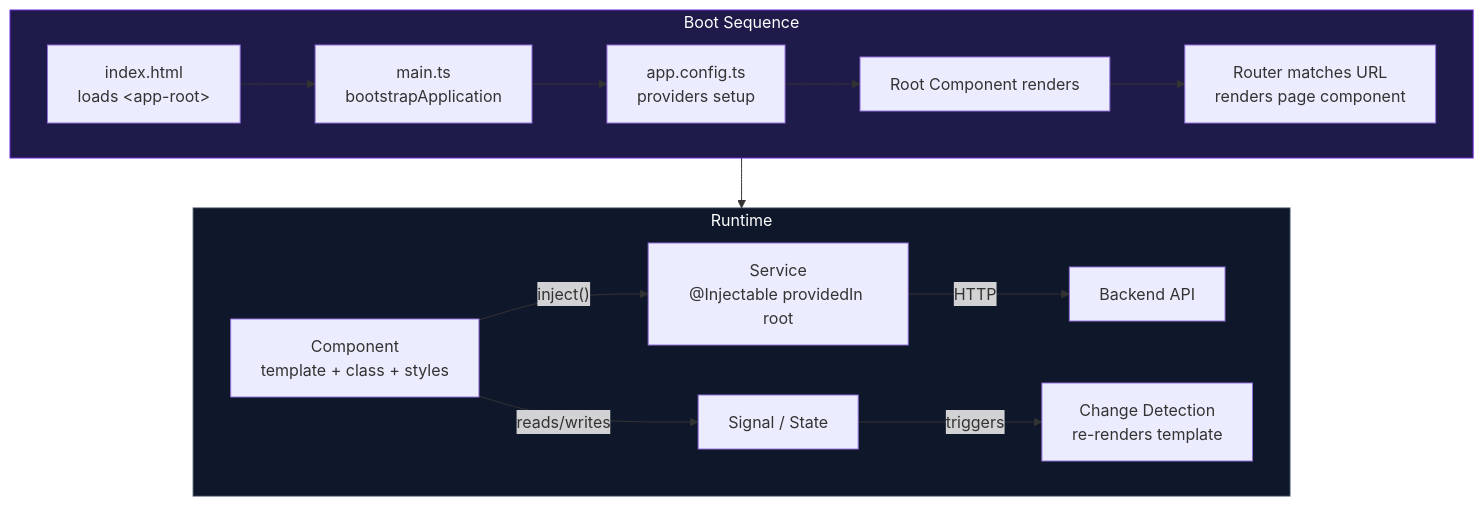
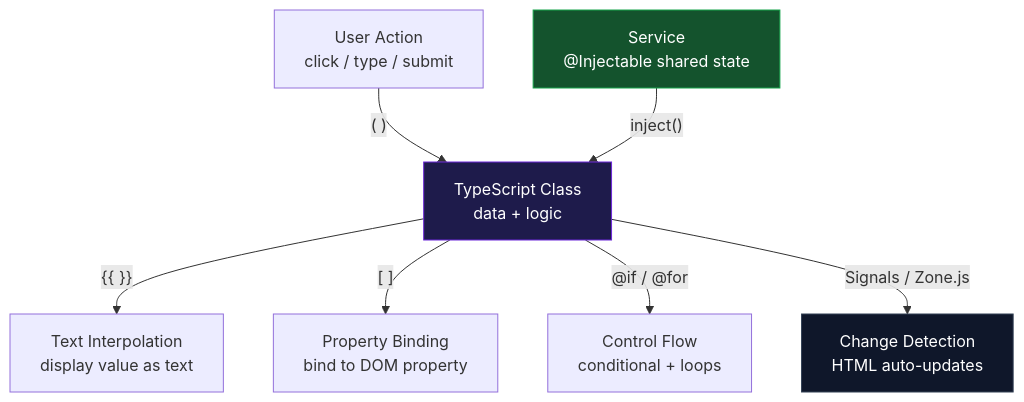
The diagram in angular/new/02-Angular-Architecture.md (muhammad-khaled-tech/My-Study-Notes), drawn with Mermaid before and after one commit. The commit also changed other lines of this file and 15 other files, not shown here.

````diff
--- a/angular/new/02-Angular-Architecture.md
+++ b/angular/new/02-Angular-Architecture.md
@@ -560,21 +709,13 @@
 ```mermaid
 flowchart TD
-    subgraph Boot["Boot Sequence"]
-        A["index.html<br/>loads &lt;app-root&gt;"] --> B["main.ts<br/>bootstrapApplication"]
-        B --> C["app.config.ts<br/>providers setup"]
-        C --> D["Root Component renders"]
-        D --> E["Router matches URL<br/>renders page component"]
-    end
+    A["TypeScript Class<br/>data + logic"] -->|"{{ }}"| B["Text Interpolation<br/>display value as text"]
+    A -->|"[ ]"| C["Property Binding<br/>bind to DOM property"]
+    D["User Action<br/>click / type / submit"] -->|"( )"| A
+    A -->|"@if / @for"| E["Control Flow<br/>conditional + loops"]
+    F["Service<br/>@Injectable shared state"] -->|"inject()"| A
+    A -->|"Signals / Zone.js"| G["Change Detection<br/>HTML auto-updates"]
 
-    subgraph Runtime["Runtime"]
-        F["Component<br/>template + class + styles"] -->|"inject()"| G["Service<br/>@Injectable providedIn root"]
-        G -->|"HTTP"| H["Backend API"]
-        F -->|"reads/writes"| I["Signal / State"]
-        I -->|"triggers"| J["Change Detection<br/>re-renders template"]
-    end
-
-    Boot --> Runtime
-
-    style Boot fill:#1e1b4b,color:#fff,stroke:#6d28d9
-    style Runtime fill:#0f172a,color:#fff,stroke:#334155
+    style A fill:#1e1b4b,color:#fff,stroke:#6d28d9
+    style F fill:#14532d,color:#fff,stroke:#16a34a
+    style G fill:#0f172a,color:#fff,stroke:#334155
 ```
````
